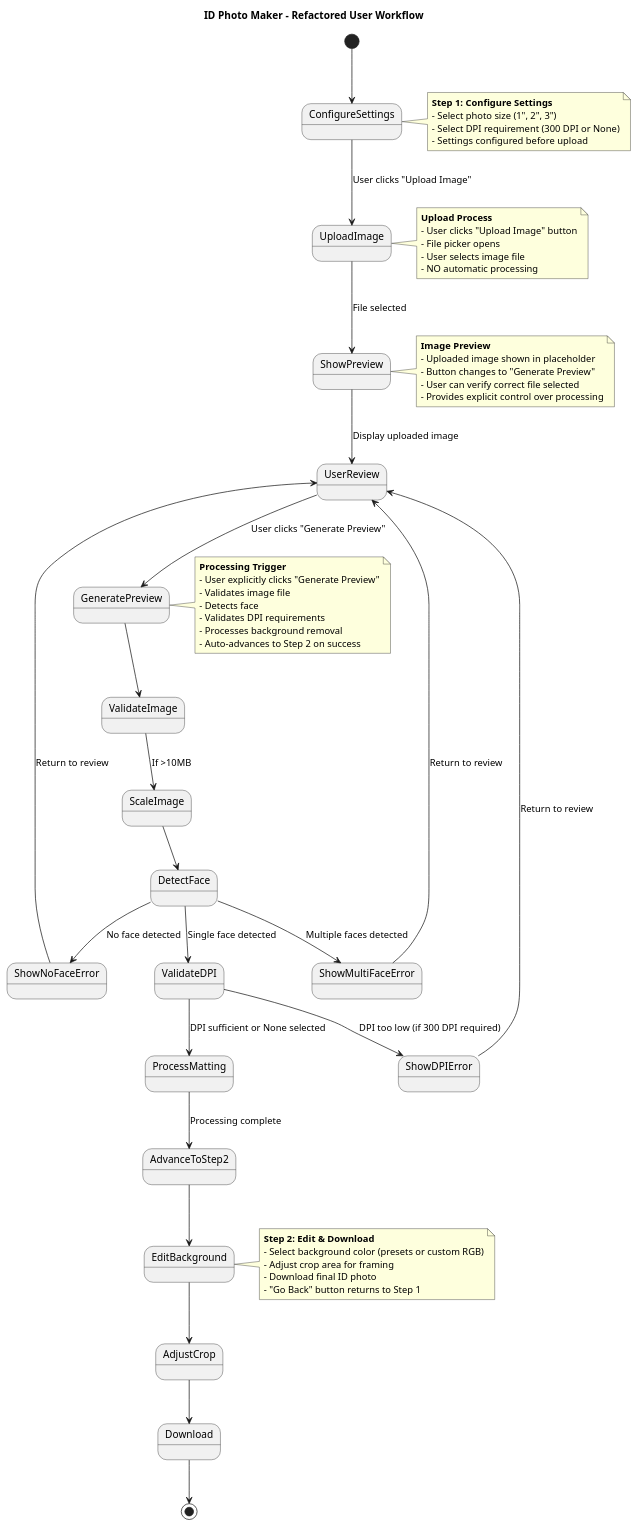
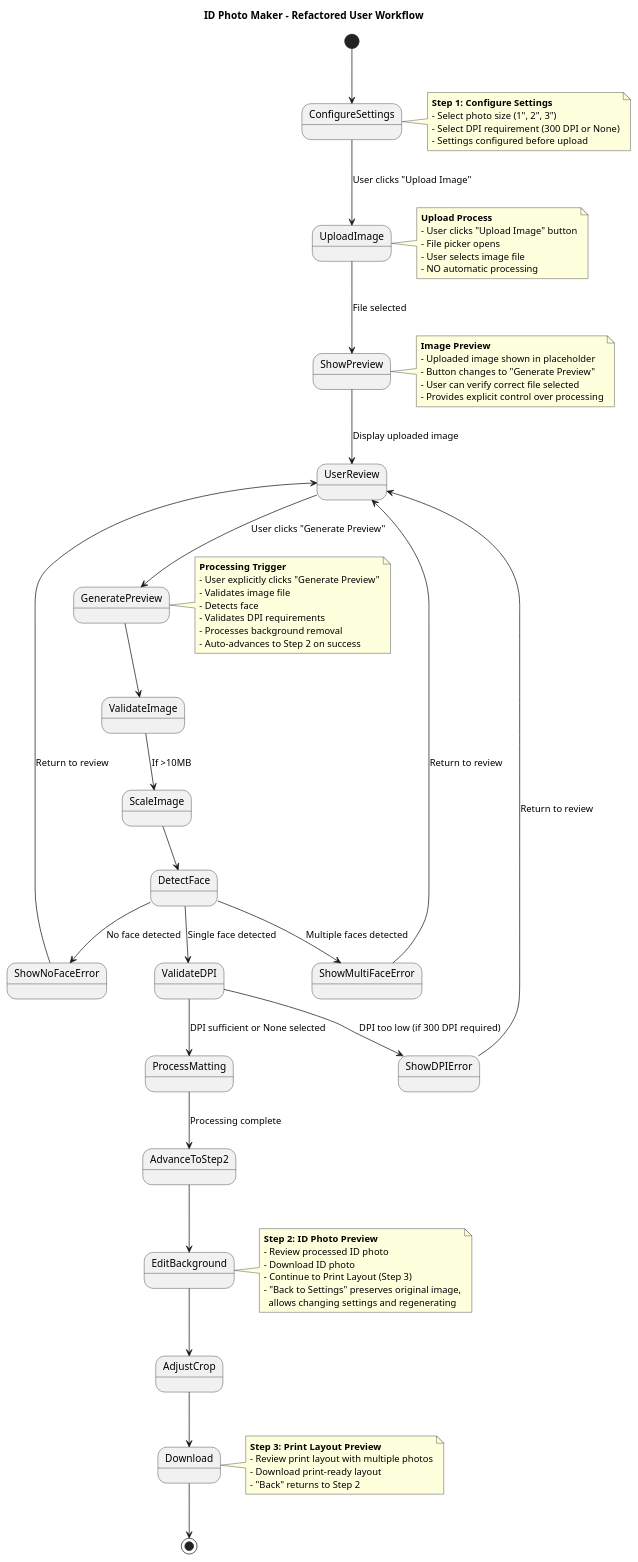
Before and after one commit to sjmyuan/id-photo-maker: the fourth of 7 diagrams in docs/architecture.md, drawn with PlantUML. The commit also changed other lines of this file and 3 other files, not shown here.

Commit message:
keep original photo when go back to step 1

````diff
--- a/docs/architecture.md
+++ b/docs/architecture.md
@@ -156,69 +156,77 @@
 ```plantuml
 @startuml
 title ID Photo Maker - Refactored User Workflow
 
 [*] --> ConfigureSettings
 ConfigureSettings --> UploadImage : User clicks "Upload Image"
 UploadImage --> ShowPreview : File selected
 ShowPreview --> UserReview : Display uploaded image
 UserReview --> GeneratePreview : User clicks "Generate Preview"
 GeneratePreview --> ValidateImage
 ValidateImage --> ScaleImage : If >10MB
 ScaleImage --> DetectFace
 DetectFace --> ShowNoFaceError : No face detected
 DetectFace --> ShowMultiFaceError : Multiple faces detected
 DetectFace --> ValidateDPI : Single face detected
 ValidateDPI --> ShowDPIError : DPI too low (if 300 DPI required)
 ValidateDPI --> ProcessMatting : DPI sufficient or None selected
 ProcessMatting --> AdvanceToStep2 : Processing complete
 AdvanceToStep2 --> EditBackground
 EditBackground --> AdjustCrop
 AdjustCrop --> Download
 Download --> [*]
 ShowNoFaceError --> UserReview : Return to review
 ShowMultiFaceError --> UserReview : Return to review
 ShowDPIError --> UserReview : Return to review
 
 note right of ConfigureSettings
   **Step 1: Configure Settings**
   - Select photo size (1", 2", 3")
   - Select DPI requirement (300 DPI or None)
   - Settings configured before upload
 end note
 
 note right of UploadImage
   **Upload Process**
   - User clicks "Upload Image" button
   - File picker opens
   - User selects image file
   - NO automatic processing
 end note
 
 note right of ShowPreview
   **Image Preview**
   - Uploaded image shown in placeholder
   - Button changes to "Generate Preview"
   - User can verify correct file selected
   - Provides explicit control over processing
 end note
 
 note right of GeneratePreview
   **Processing Trigger**
   - User explicitly clicks "Generate Preview"
   - Validates image file
   - Detects face
   - Validates DPI requirements
   - Processes background removal
   - Auto-advances to Step 2 on success
 end note
 
 note right of EditBackground
-  **Step 2: Edit & Download**
-  - Select background color (presets or custom RGB)
-  - Adjust crop area for framing
-  - Download final ID photo
-  - "Go Back" button returns to Step 1
+  **Step 2: ID Photo Preview**
+  - Review processed ID photo
+  - Download ID photo
+  - Continue to Print Layout (Step 3)
+  - "Back to Settings" preserves original image,
+    allows changing settings and regenerating
+end note
+
+note right of Download
+  **Step 3: Print Layout Preview**
+  - Review print layout with multiple photos
+  - Download print-ready layout
+  - "Back" returns to Step 2
 end note
 
 @enduml
 ```
````
